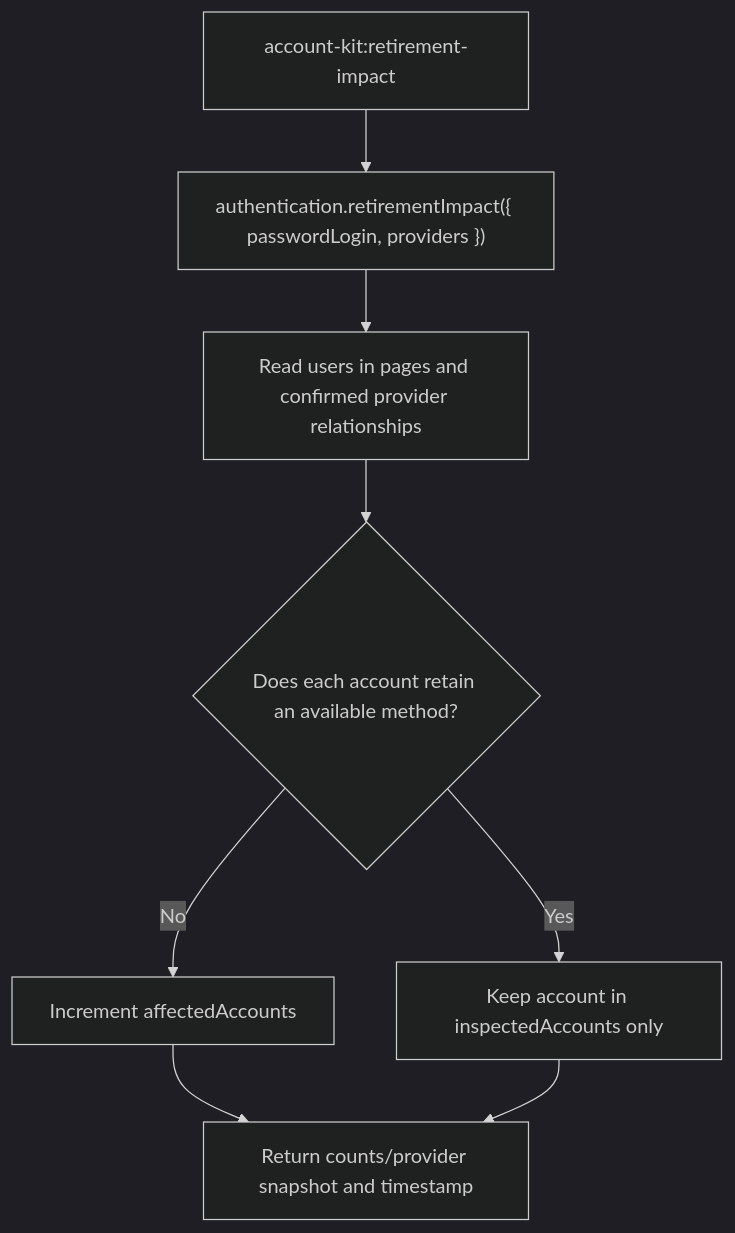
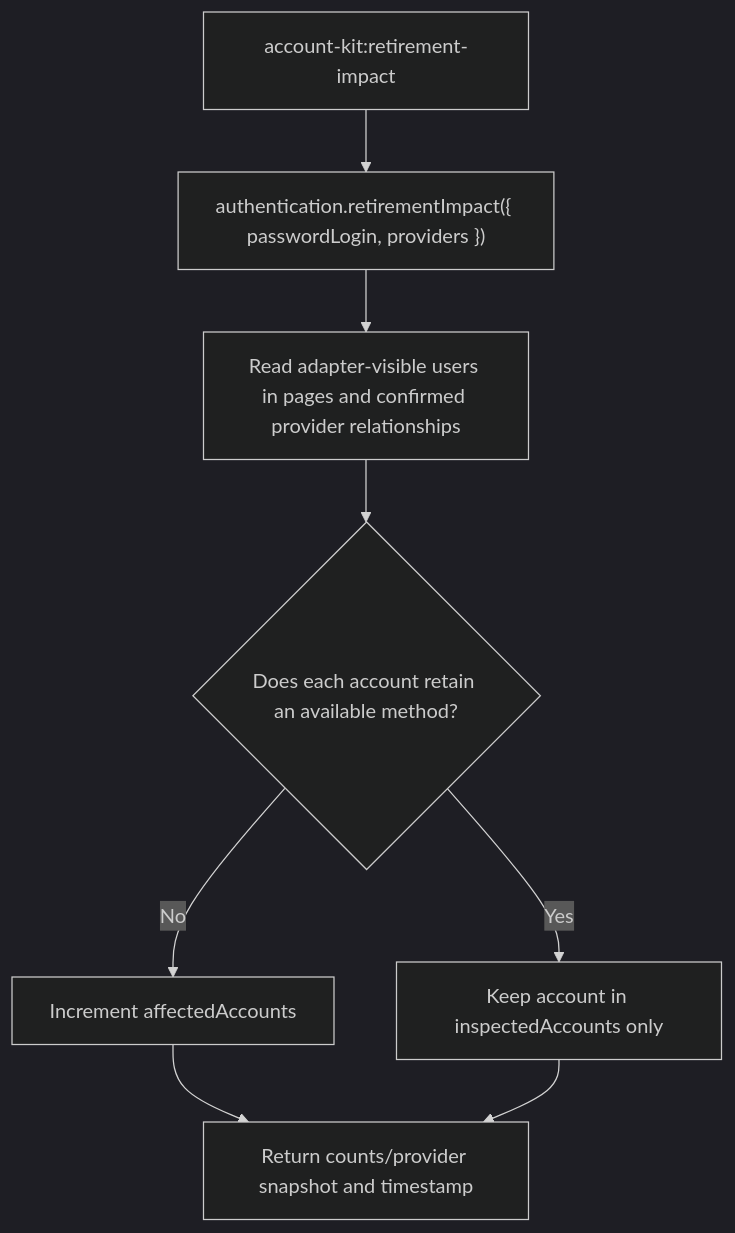
One commit to Kevinjohn/oss-adonisjs-account-kit changed the second of 2 diagrams in user-stories/US-ACCOUNT-44-check-login-retirement-impact.md. Above: the diagram before and after it, drawn with Mermaid (dark theme). The commit also changed other lines of this file and 7 other files, not shown here.

Commit message:
Respect visible users in retirement inventories

````diff
--- a/user-stories/US-ACCOUNT-44-check-login-retirement-impact.md
+++ b/user-stories/US-ACCOUNT-44-check-login-retirement-impact.md
@@ -32,10 +32,10 @@
 ```mermaid
 flowchart TD
  A["account-kit:retirement-impact"] --> B["authentication.retirementImpact({ passwordLogin, providers })"]
- B --> C["Read users in pages and confirmed provider relationships"]
+ B --> C["Read adapter-visible users in pages and confirmed provider relationships"]
  C --> D{"Does each account retain an available method?"}
  D -->|No| E["Increment affectedAccounts"]
  D -->|Yes| F["Keep account in inspectedAccounts only"]
  E --> G["Return counts/provider snapshot and timestamp"]
  F --> G
 ```
````
